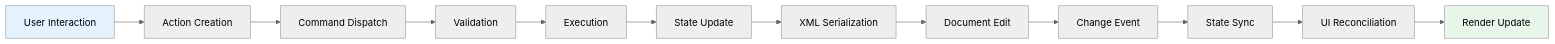
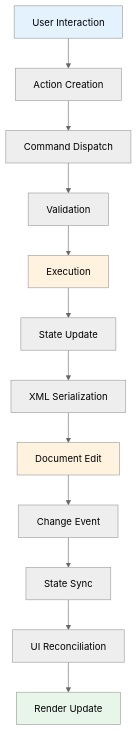
The second of 2 diagrams in docs/architecture/001-editor-transition.md (neumaennl/vscode-visual-xml-schema-editor), drawn with Mermaid (neutral theme) before and after one commit. The commit also changed other lines of this file, not shown here.

Commit message:
Fix Mermaid diagrams: use edge labels and improve flow layout

````diff
--- a/docs/architecture/001-editor-transition.md
+++ b/docs/architecture/001-editor-transition.md
@@ -93,17 +91,21 @@
 ```mermaid
-graph LR
+flowchart TD
     A[User Interaction] --> B[Action Creation]
     B --> C[Command Dispatch]
     C --> D[Validation]
     D --> E[Execution]
+    
     E --> F[State Update]
     F --> G[XML Serialization]
     G --> H[Document Edit]
+    
     H --> I[Change Event]
     I --> J[State Sync]
     J --> K[UI Reconciliation]
     K --> L[Render Update]
     
     style A fill:#e3f2fd
+    style E fill:#fff3e0
+    style H fill:#fff3e0
     style L fill:#e8f5e9
 ```
````
